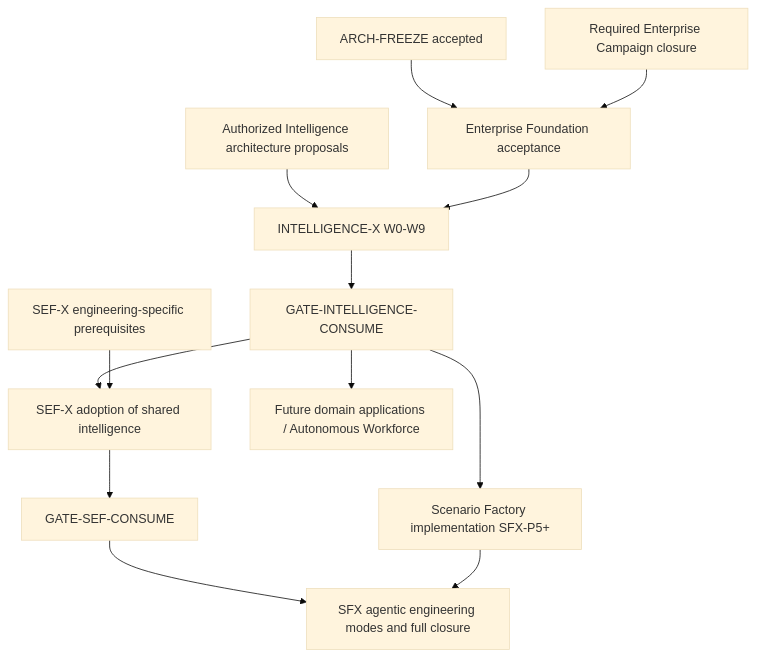
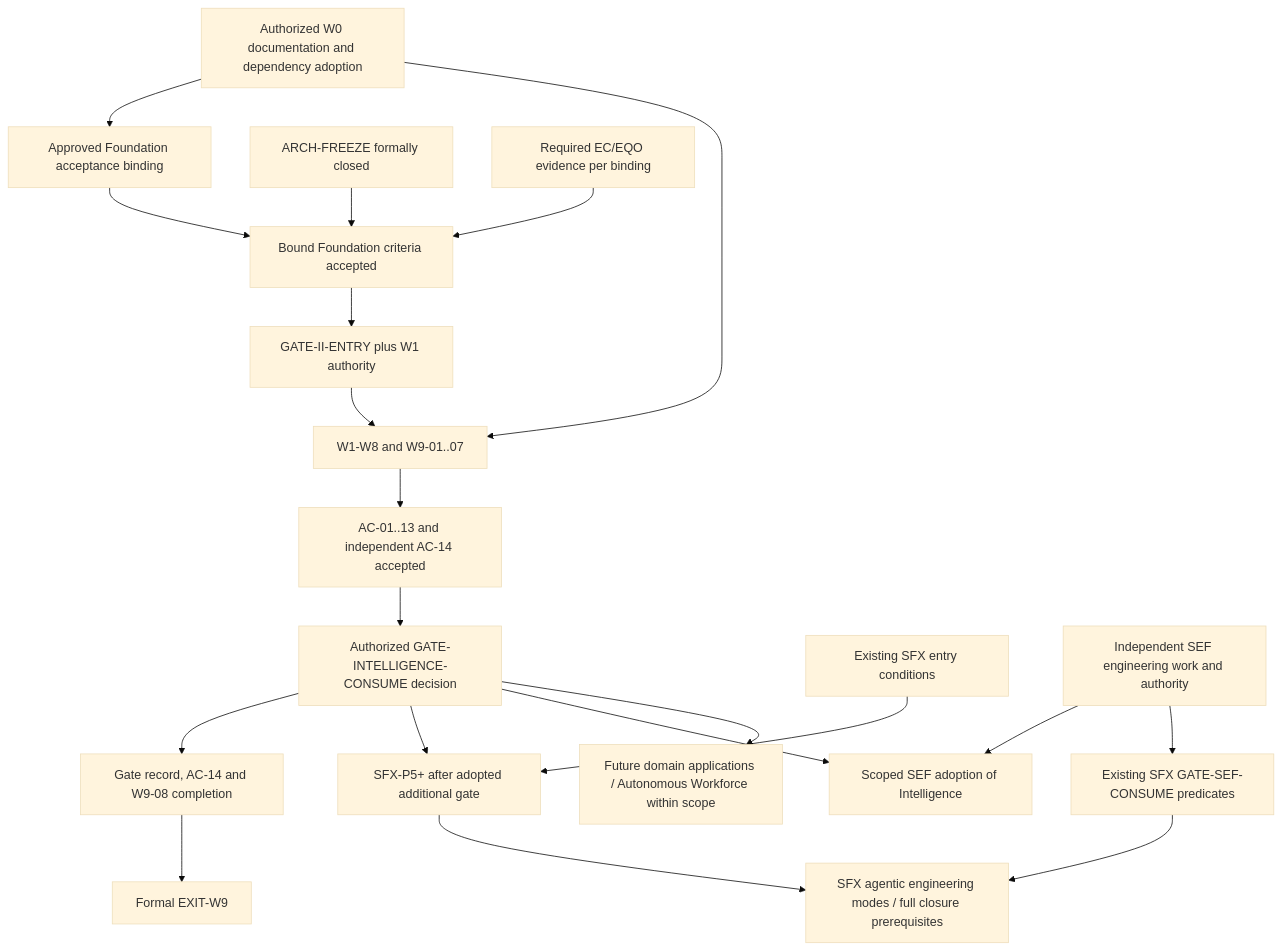
Before and after one commit to jakbuczarnecki/intergrax: the second of 2 diagrams in governance/tickets/plans/INTELLIGENCE-X-MASTER-PLAN.md, drawn with Mermaid (base theme). The commit also changed other lines of this file and 4 other files, not shown here.

First line of the commit message:
docs(intelligence-x): stage exact R3 corrective documentation candidate

````diff
--- a/governance/tickets/plans/INTELLIGENCE-X-MASTER-PLAN.md
+++ b/governance/tickets/plans/INTELLIGENCE-X-MASTER-PLAN.md
@@ -178,15 +187,22 @@
 ```mermaid
 flowchart TD
-    AF[ARCH-FREEZE accepted] --> EF[Enterprise Foundation acceptance]
-    EQ[Required Enterprise Campaign closure] --> EF
-    W0[Authorized Intelligence architecture proposals] --> II[INTELLIGENCE-X W0-W9]
-    EF --> II
-    II --> G[GATE-INTELLIGENCE-CONSUME]
-    G --> SFX[Scenario Factory implementation SFX-P5+]
-    G --> SEFA[SEF-X adoption of shared intelligence]
-    SEF[SEF-X engineering-specific prerequisites] --> SEFA
-    SEFA --> SG[GATE-SEF-CONSUME]
-    SG --> SFXA[SFX agentic engineering modes and full closure]
+    W0["Authorized W0 documentation and dependency adoption"] --> B["Approved Foundation acceptance binding"]
+    AF["ARCH-FREEZE formally closed"] --> EF["Bound Foundation criteria accepted"]
+    B --> EF
+    EQ["Required EC/EQO evidence per binding"] --> EF
+    EF --> E["GATE-II-ENTRY plus W1 authority"]
+    W0 --> II["W1-W8 and W9-01..07"]
+    E --> II
+    II --> AC["AC-01..13 and independent AC-14 accepted"]
+    AC --> G["Authorized GATE-INTELLIGENCE-CONSUME decision"]
+    G --> R["Gate record, AC-14 and W9-08 completion"]
+    R --> X["Formal EXIT-W9"]
+    G --> SFX["SFX-P5+ after adopted additional gate"]
+    SFXE["Existing SFX entry conditions"] --> SFX
+    G --> SEFA["Scoped SEF adoption of Intelligence"]
+    SEF["Independent SEF engineering work and authority"] --> SEFA
+    SEF --> SG["Existing SFX GATE-SEF-CONSUME predicates"]
+    SG --> SFXA["SFX agentic engineering modes / full closure prerequisites"]
     SFX --> SFXA
-    G --> P[Future domain applications / Autonomous Workforce]
+    G --> P["Future domain applications / Autonomous Workforce within scope"]
 ```
````
